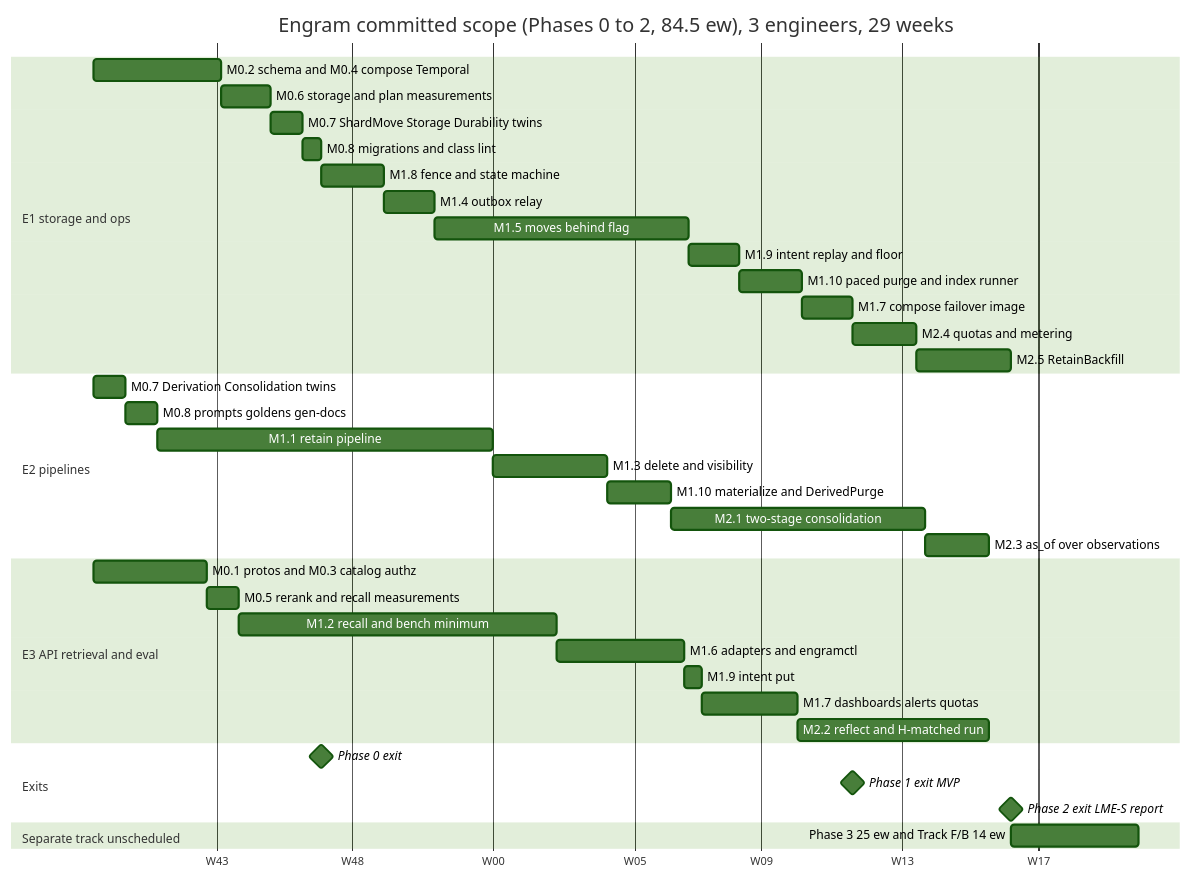
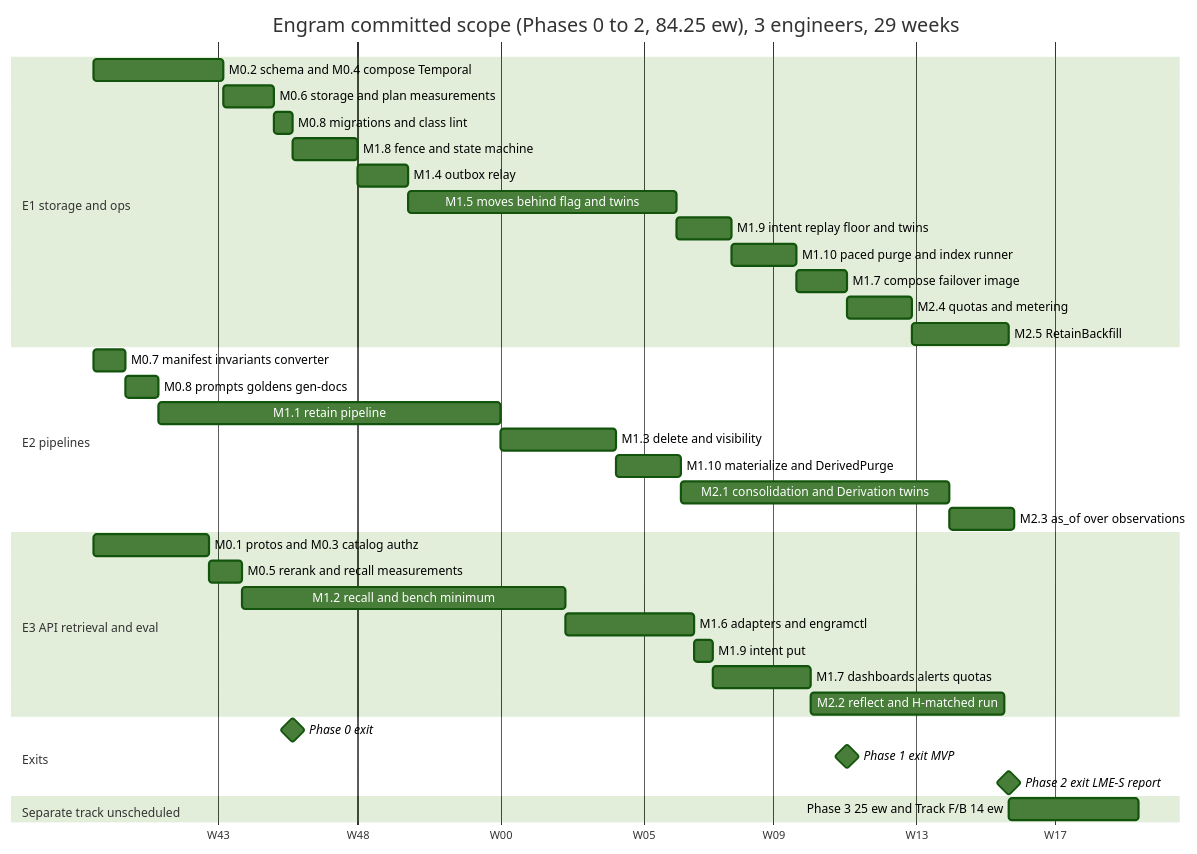
The diagram in plans/engram/sections/10-roadmap.md (gstamatakis95/agent-memory-benchmark), drawn with Mermaid (forest theme) before and after one commit. The commit also changed other lines of this file and 23 other files, not shown here.

````diff
--- a/plans/engram/sections/10-roadmap.md
+++ b/plans/engram/sections/10-roadmap.md
@@ -126,41 +130,40 @@
 ```mermaid
 gantt
-  title Engram committed scope (Phases 0 to 2, 84.5 ew), 3 engineers, 29 weeks
+  title Engram committed scope (Phases 0 to 2, 84.25 ew), 3 engineers, 29 weeks
   dateFormat  YYYY-MM-DD
   axisFormat  W%W
   section E1 storage and ops
   M0.2 schema and M0.4 compose Temporal  :e1a, 2026-10-05, 28d
   M0.6 storage and plan measurements     :e1b, after e1a, 11d
-  M0.7 ShardMove Storage Durability twins :e1c, after e1b, 7d
-  M0.8 migrations and class lint         :e1d, after e1c, 4d
+  M0.8 migrations and class lint         :e1d, after e1b, 4d
   M1.8 fence and state machine           :e1e, after e1d, 14d
   M1.4 outbox relay                      :e1f, after e1e, 11d
-  M1.5 moves behind flag                 :e1g, after e1f, 56d
-  M1.9 intent replay and floor           :e1h, after e1g, 11d
+  M1.5 moves behind flag and twins        :e1g, after e1f, 58d
+  M1.9 intent replay floor and twins    :e1h, after e1g, 12d
   M1.10 paced purge and index runner     :e1i, after e1h, 14d
   M1.7 compose failover image            :e1j, after e1i, 11d
   M2.4 quotas and metering               :e1k, after e1j, 14d
   M2.5 RetainBackfill                    :e1l, after e1k, 21d
   section E2 pipelines
-  M0.7 Derivation Consolidation twins    :e2a, 2026-10-05, 7d
+  M0.7 manifest invariants converter       :e2a, 2026-10-05, 7d
   M0.8 prompts goldens gen-docs          :e2b, after e2a, 7d
   M1.1 retain pipeline                   :e2c, after e2b, 74d
   M1.3 delete and visibility             :e2d, after e2c, 25d
   M1.10 materialize and DerivedPurge     :e2e, after e2d, 14d
-  M2.1 two-stage consolidation           :e2f, after e2e, 56d
+  M2.1 consolidation and Derivation twins :e2f, after e2e, 58d
   M2.3 as_of over observations           :e2g, after e2f, 14d
   section E3 API retrieval and eval
   M0.1 protos and M0.3 catalog authz     :e3a, 2026-10-05, 25d
   M0.5 rerank and recall measurements    :e3b, after e3a, 7d
   M1.2 recall and bench minimum          :e3c, after e3b, 70d
   M1.6 adapters and engramctl            :e3d, after e3c, 28d
   M1.9 intent put                        :e3e, after e3d, 4d
   M1.7 dashboards alerts quotas          :e3f, after e3e, 21d
   M2.2 reflect and H-matched run         :e3g, after e3f, 42d
   section Exits
   Phase 0 exit                           :milestone, after e1d, 0d
   Phase 1 exit MVP                       :milestone, after e1j, 0d
   Phase 2 exit LME-S report              :milestone, after e1l, 0d
   section Separate track unscheduled
   Phase 3 25 ew and Track F/B 14 ew      :sep, after e1l, 28d
 ```
````
